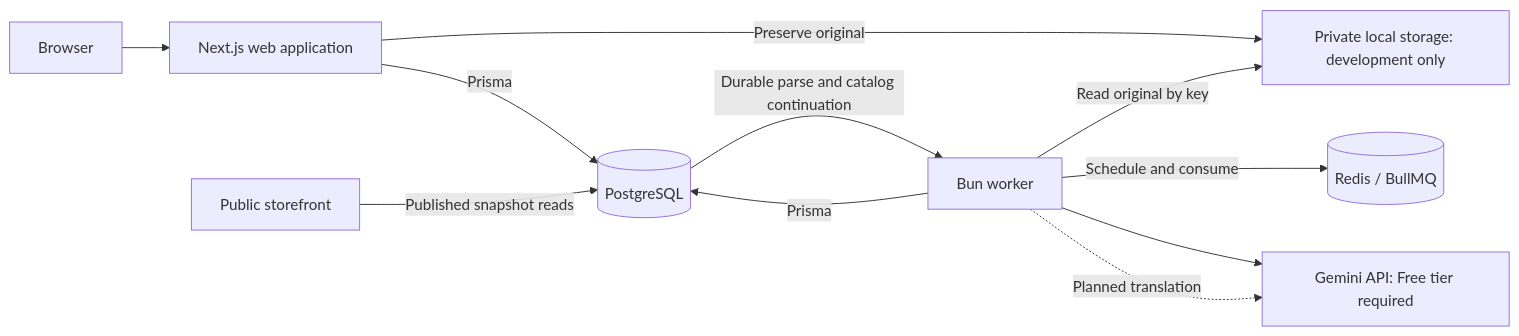
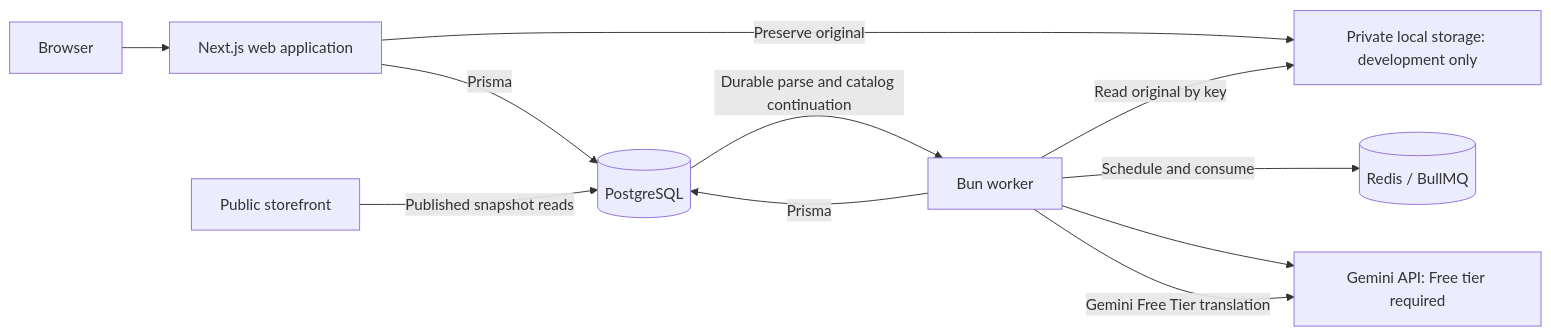
The diagram in README.md (UmangAgarwal257/catalogforge), drawn with Mermaid before and after one commit. The commit also changed other lines of this file and 39 other files, not shown here.

````diff
--- a/README.md
+++ b/README.md
@@ -45,13 +46,13 @@
 ```mermaid
 flowchart LR
     Browser --> Web[Next.js web application]
     Web -->|Prisma| DB[(PostgreSQL)]
     Web -->|Preserve original| Storage[Private local storage: development only]
     Worker[Bun worker] -->|Prisma| DB
     Worker -->|Read original by key| Storage
     DB -->|Durable parse and catalog continuation| Worker
     Worker -->|Schedule and consume| Redis[(Redis / BullMQ)]
     Worker --> AI[Gemini API: Free tier required]
-    Worker -. Planned translation .-> AI
+    Worker -->|Gemini Free Tier translation| AI
     Storefront[Public storefront] -->|Published snapshot reads| DB
 ```
````
